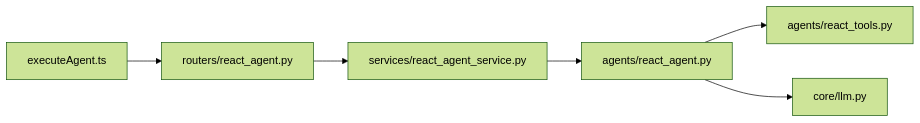
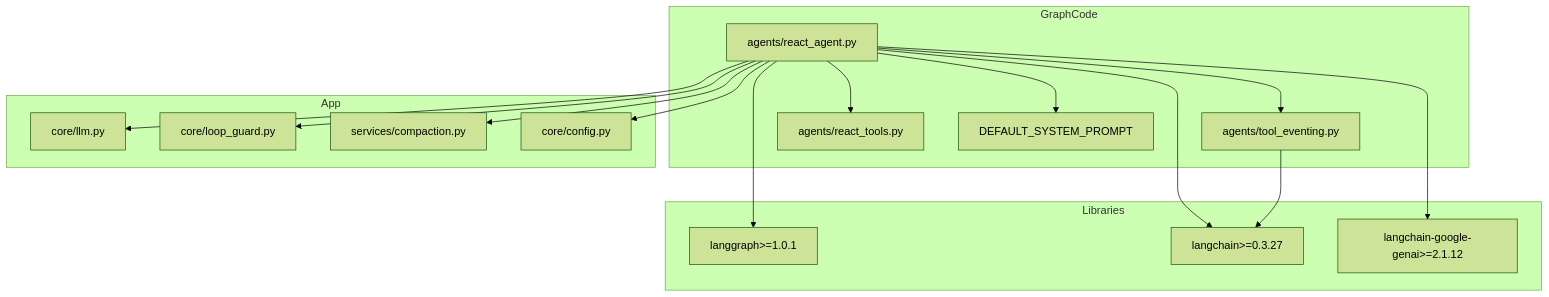
The sixth of 6 diagrams in src/data/docs/agentic-browser/AI Agent System/Reactive Agent Architecture.md (tashifkhan/tashif.codes), drawn with Mermaid (forest theme) before and after one commit. The commit also changed other lines of this file and 114 other files, not shown here.

````diff
--- a/src/data/docs/agentic-browser/AI Agent System/Reactive Agent Architecture.md
+++ b/src/data/docs/agentic-browser/AI Agent System/Reactive Agent Architecture.md
@@ -177,8 +166,31 @@
 ```mermaid
-graph LR
-EXT["executeAgent.ts"] --> RTR["routers/react_agent.py"]
-RTR --> SVC["services/react_agent_service.py"]
-SVC --> AG["agents/react_agent.py"]
-AG --> TL["agents/react_tools.py"]
-AG --> LM["core/llm.py"]
+graph TB
+  subgraph GraphCode
+    React["agents/react_agent.py"]
+    Eventing["agents/tool_eventing.py"]
+    Tools["agents/react_tools.py"]
+    Prompt["DEFAULT_SYSTEM_PROMPT"]
+  end
+  subgraph Libraries
+    LG["langgraph>=1.0.1"]
+    LC["langchain>=0.3.27"]
+    Google["langchain-google-genai>=2.1.12"]
+  end
+  subgraph App
+    LLM["core/llm.py"]
+    Guard["core/loop_guard.py"]
+    Comp["services/compaction.py"]
+    Config["core/config.py"]
+  end
+  React --> LG
+  React --> LC
+  React --> LLM
+  React --> Guard
+  React --> Comp
+  React --> Tools
+  React --> Eventing
+  React --> Prompt
+  React --> Config
+  React --> Google
+  Eventing --> LC
 ```
````
